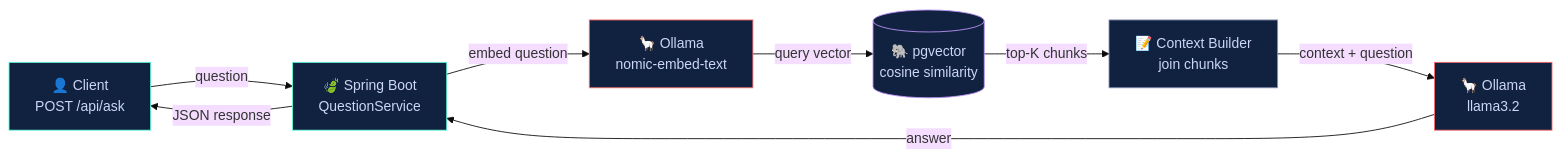
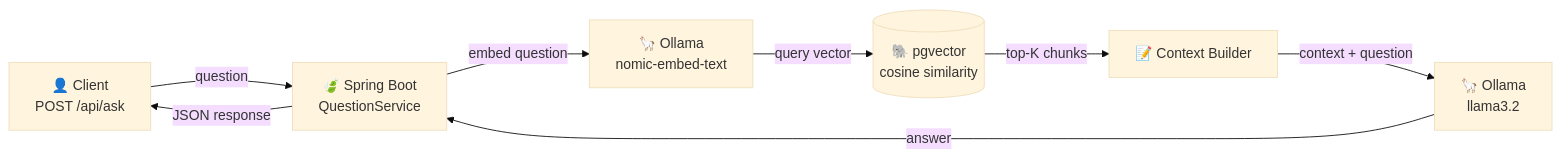
The second of 3 diagrams in README.md (Siddhant1419/docqa-rag), drawn with Mermaid (base theme) before and after one commit. The commit also changed other lines of this file, not shown here.

Commit message:
Fix README: complete content + Mermaid diagrams

````diff
--- a/README.md
+++ b/README.md
@@ -21,17 +42,10 @@
 ```mermaid
 flowchart LR
-    A[👤 Client\nPOST /api/ask] -->|question| B[🍃 Spring Boot\nQuestionService]
-    B -->|embed question| C[🦙 Ollama\nnomic-embed-text]
-    C -->|query vector| D[(🐘 pgvector\ncosine similarity)]
-    D -->|top-K chunks| E[📝 Context Builder\njoin chunks]
-    E -->|context + question| F[🦙 Ollama\nllama3.2]
+    A["👤 Client\nPOST /api/ask"] -->|question| B["🍃 Spring Boot\nQuestionService"]
+    B -->|embed question| C["🦙 Ollama\nnomic-embed-text"]
+    C -->|query vector| D[("🐘 pgvector\ncosine similarity")]
+    D -->|top-K chunks| E["📝 Context Builder"]
+    E -->|context + question| F["🦙 Ollama\nllama3.2"]
     F -->|answer| B
     B -->|JSON response| A
-
-    style A fill:#112240,stroke:#64ffda,color:#ccd6f6
-    style B fill:#112240,stroke:#64ffda,color:#ccd6f6
-    style C fill:#112240,stroke:#ff6b6b,color:#ccd6f6
-    style D fill:#112240,stroke:#bd93f9,color:#ccd6f6
-    style E fill:#112240,stroke:#8892b0,color:#ccd6f6
-    style F fill:#112240,stroke:#ff6b6b,color:#ccd6f6
 ```
````
